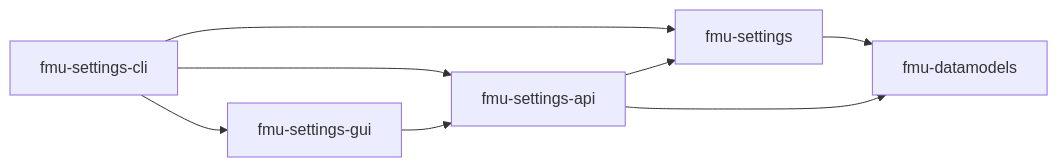
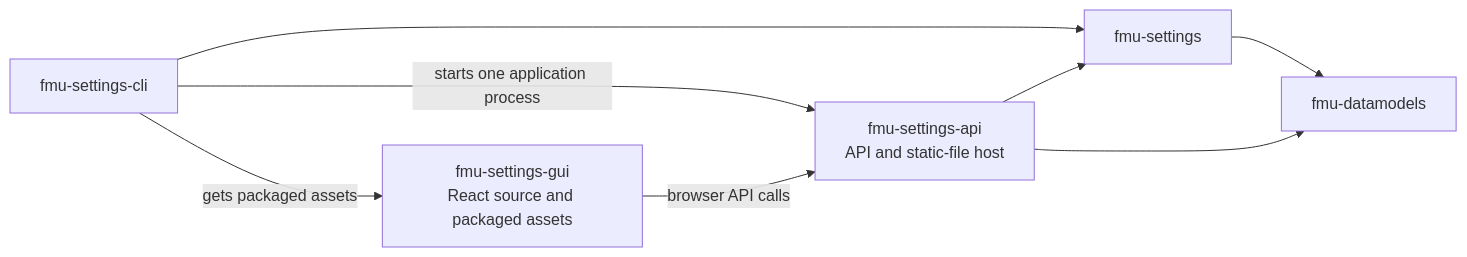
One commit to equinor/fmu-settings changed the diagram in README.md. Above: the diagram before and after it, drawn with Mermaid. The commit also changed other lines of this file and 1 other file, not shown here.

Commit message:
DOC: Update single server architecture (#296)

````diff
--- a/README.md
+++ b/README.md
@@ -18,16 +18,16 @@
 ```mermaid
 flowchart LR
     CLI["fmu-settings-cli"]
-    API["fmu-settings-api"]
-    GUI["fmu-settings-gui"]
+    API["fmu-settings-api\nAPI and static-file host"]
+    GUI["fmu-settings-gui\nReact source and packaged assets"]
     LIB["fmu-settings"]
     MODELS["fmu-datamodels"]
 
-    CLI --> API
-    CLI --> GUI
+    CLI -->|starts one application process| API
+    CLI -->|gets packaged assets| GUI
     CLI --> LIB
-    GUI --> API
+    GUI -->|browser API calls| API
     API --> LIB
     LIB --> MODELS
     API --> MODELS
 ```
````
